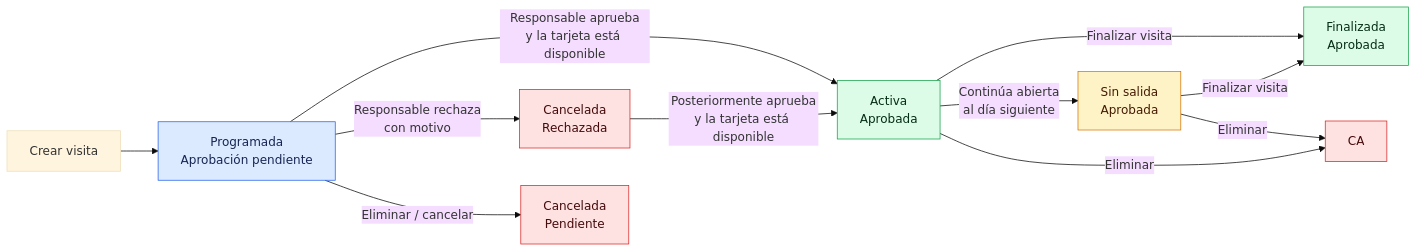
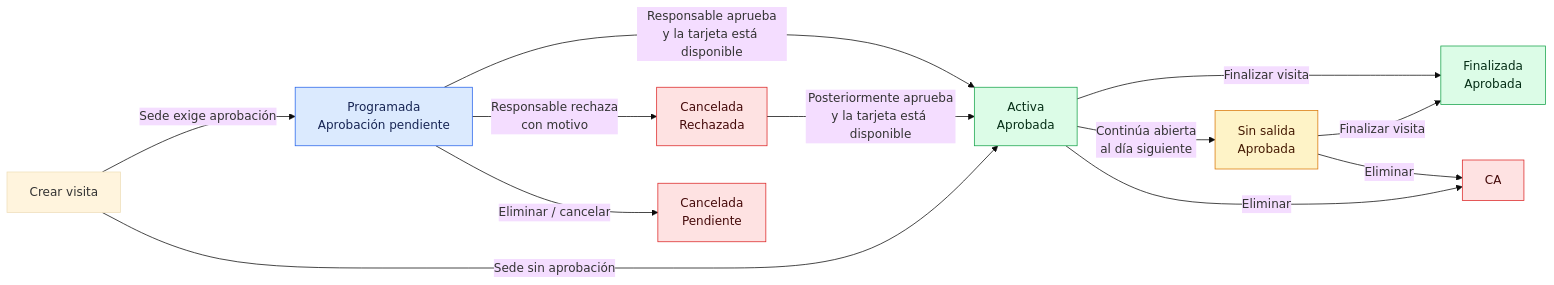
One commit to mschuf/porteria_back changed the first of 9 diagrams in documentacion/ciclo-de-vida-visitas.md. Above: the diagram before and after it, drawn with Mermaid (base theme). The commit also changed other lines of this file and 29 other files, not shown here.

First line of the commit message:
feat(visitas): agregar lógica de aprobación de visitas según sede

````diff
--- a/documentacion/ciclo-de-vida-visitas.md
+++ b/documentacion/ciclo-de-vida-visitas.md
@@ -18,22 +20,23 @@
 ```mermaid
 flowchart LR
-    CREAR[Crear visita] --> PP[Programada<br/>Aprobación pendiente]
+    CREAR[Crear visita] -->|Sede exige aprobación| PP[Programada<br/>Aprobación pendiente]
+    CREAR -->|Sede sin aprobación| AA
     PP -->|Responsable aprueba<br/>y la tarjeta está disponible| AA[Activa<br/>Aprobada]
     PP -->|Responsable rechaza<br/>con motivo| CR[Cancelada<br/>Rechazada]
     CR -->|Posteriormente aprueba<br/>y la tarjeta está disponible| AA
     AA -->|Finalizar visita| FA[Finalizada<br/>Aprobada]
     AA -->|Continúa abierta<br/>al día siguiente| SS[Sin salida<br/>Aprobada]
     SS -->|Finalizar visita| FA
     PP -->|Eliminar / cancelar| CP[Cancelada<br/>Pendiente]
     AA -->|Eliminar| CA
     SS -->|Eliminar| CA
 
     classDef initial fill:#dbeafe,stroke:#2563eb,color:#172554;
     classDef success fill:#dcfce7,stroke:#16a34a,color:#052e16;
     classDef warning fill:#fef3c7,stroke:#d97706,color:#451a03;
     classDef danger fill:#fee2e2,stroke:#dc2626,color:#450a0a;
     class PP initial;
     class AA,FA success;
     class SS warning;
     class CR,CP,CA danger;
 ```
````
